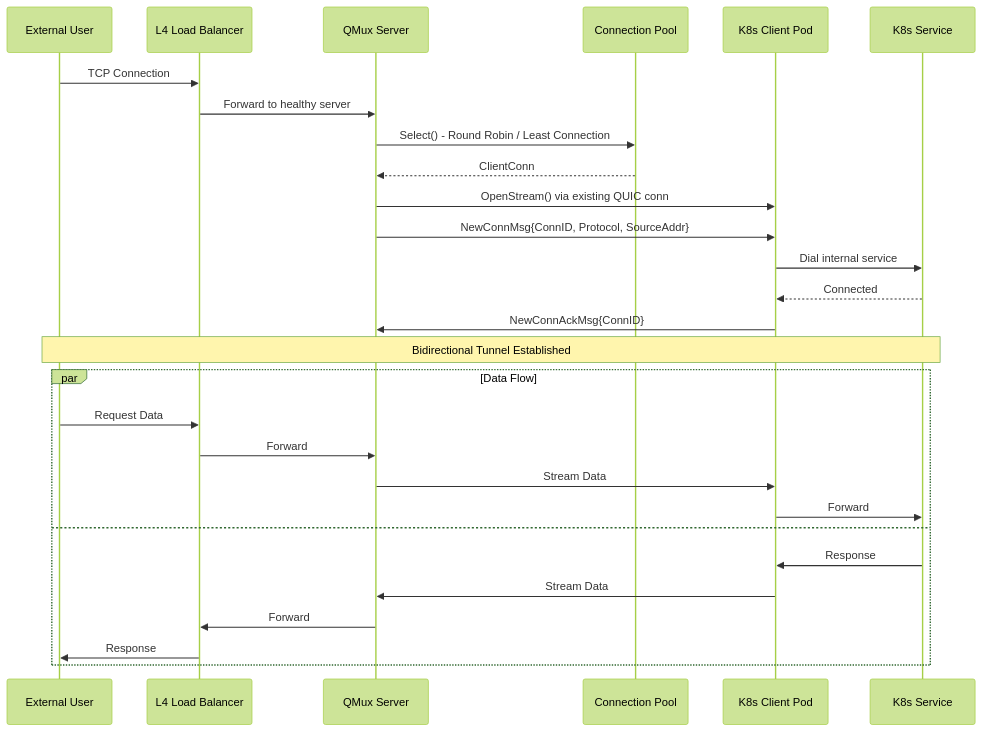
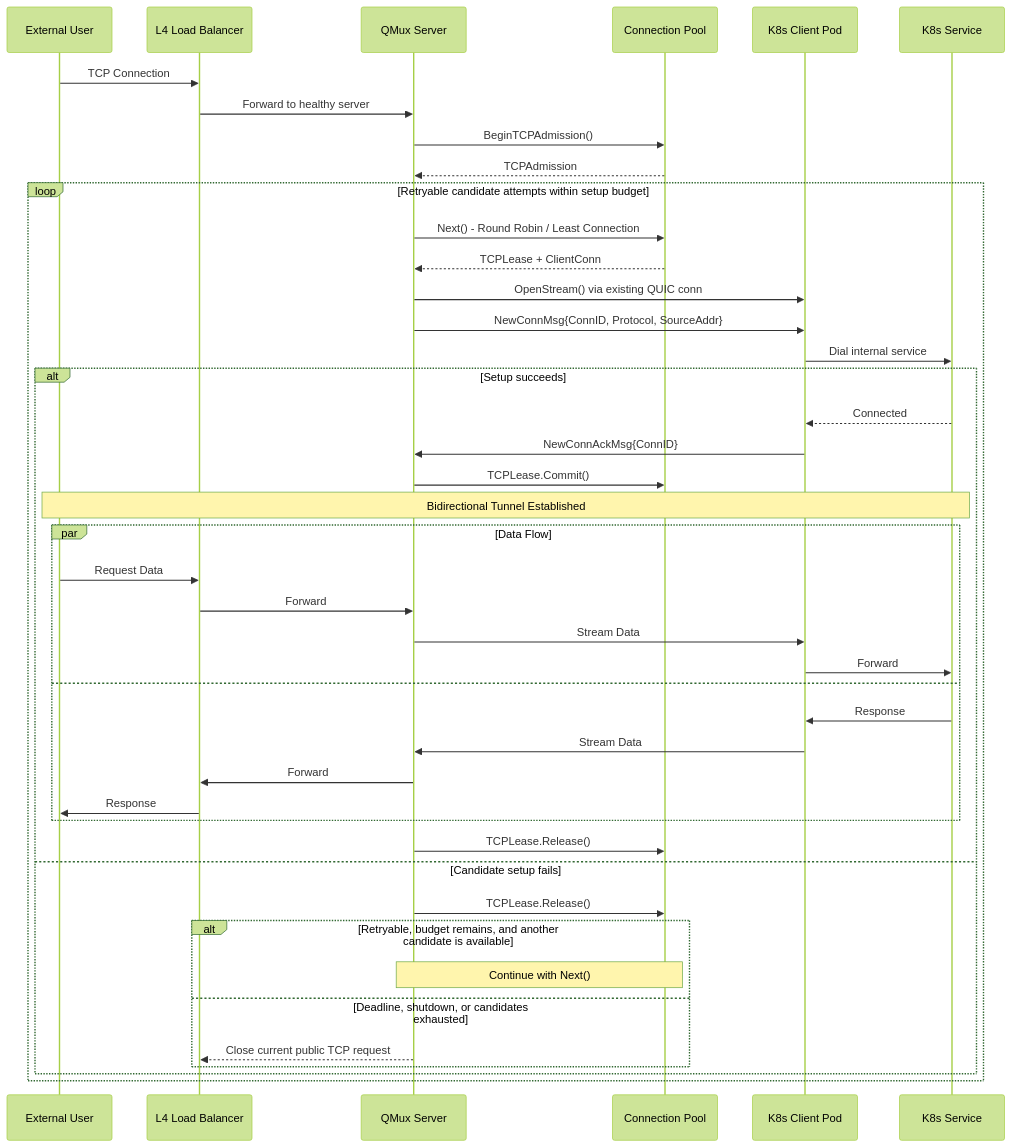
The second of 2 diagrams in README.md (Mmx233/QMux), drawn with Mermaid (forest theme) before and after one commit. The commit also changed other lines of this file and 8 other files, not shown here.

````diff
--- a/README.md
+++ b/README.md
@@ -362,35 +362,50 @@
 ```mermaid
 sequenceDiagram
     participant User as External User
     participant LB as L4 Load Balancer
     participant Server as QMux Server
     participant Pool as Connection Pool
     participant Client as K8s Client Pod
     participant SVC as K8s Service
 
     User->>LB: TCP Connection
     LB->>Server: Forward to healthy server
-    Server->>Pool: Select() - Round Robin / Least Connection
-    Pool-->>Server: ClientConn
-    
-    Server->>Client: OpenStream() via existing QUIC conn
-    Server->>Client: NewConnMsg{ConnID, Protocol, SourceAddr}
-    
-    Client->>SVC: Dial internal service
-    SVC-->>Client: Connected
-    Client->>Server: NewConnAckMsg{ConnID}
-    
-    Note over User,SVC: Bidirectional Tunnel Established
-    
-    par Data Flow
-        User->>LB: Request Data
-        LB->>Server: Forward
-        Server->>Client: Stream Data
-        Client->>SVC: Forward
-    and
-        SVC->>Client: Response
-        Client->>Server: Stream Data
-        Server->>LB: Forward
-        LB->>User: Response
+    Server->>Pool: BeginTCPAdmission()
+    Pool-->>Server: TCPAdmission
+
+    loop Retryable candidate attempts within setup budget
+        Server->>Pool: Next() - Round Robin / Least Connection
+        Pool-->>Server: TCPLease + ClientConn
+        Server->>Client: OpenStream() via existing QUIC conn
+        Server->>Client: NewConnMsg{ConnID, Protocol, SourceAddr}
+
+        Client->>SVC: Dial internal service
+        alt Setup succeeds
+            SVC-->>Client: Connected
+            Client->>Server: NewConnAckMsg{ConnID}
+            Server->>Pool: TCPLease.Commit()
+
+            Note over User,SVC: Bidirectional Tunnel Established
+
+            par Data Flow
+                User->>LB: Request Data
+                LB->>Server: Forward
+                Server->>Client: Stream Data
+                Client->>SVC: Forward
+            and
+                SVC->>Client: Response
+                Client->>Server: Stream Data
+                Server->>LB: Forward
+                LB->>User: Response
+            end
+            Server->>Pool: TCPLease.Release()
+        else Candidate setup fails
+            Server->>Pool: TCPLease.Release()
+            alt Retryable, budget remains, and another candidate is available
+                Note over Server,Pool: Continue with Next()
+            else Deadline, shutdown, or candidates exhausted
+                Server-->>LB: Close current public TCP request
+            end
+        end
     end
 ```
````
